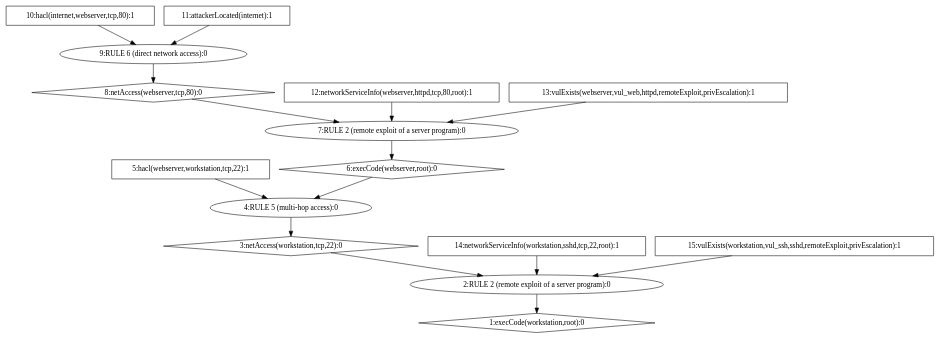
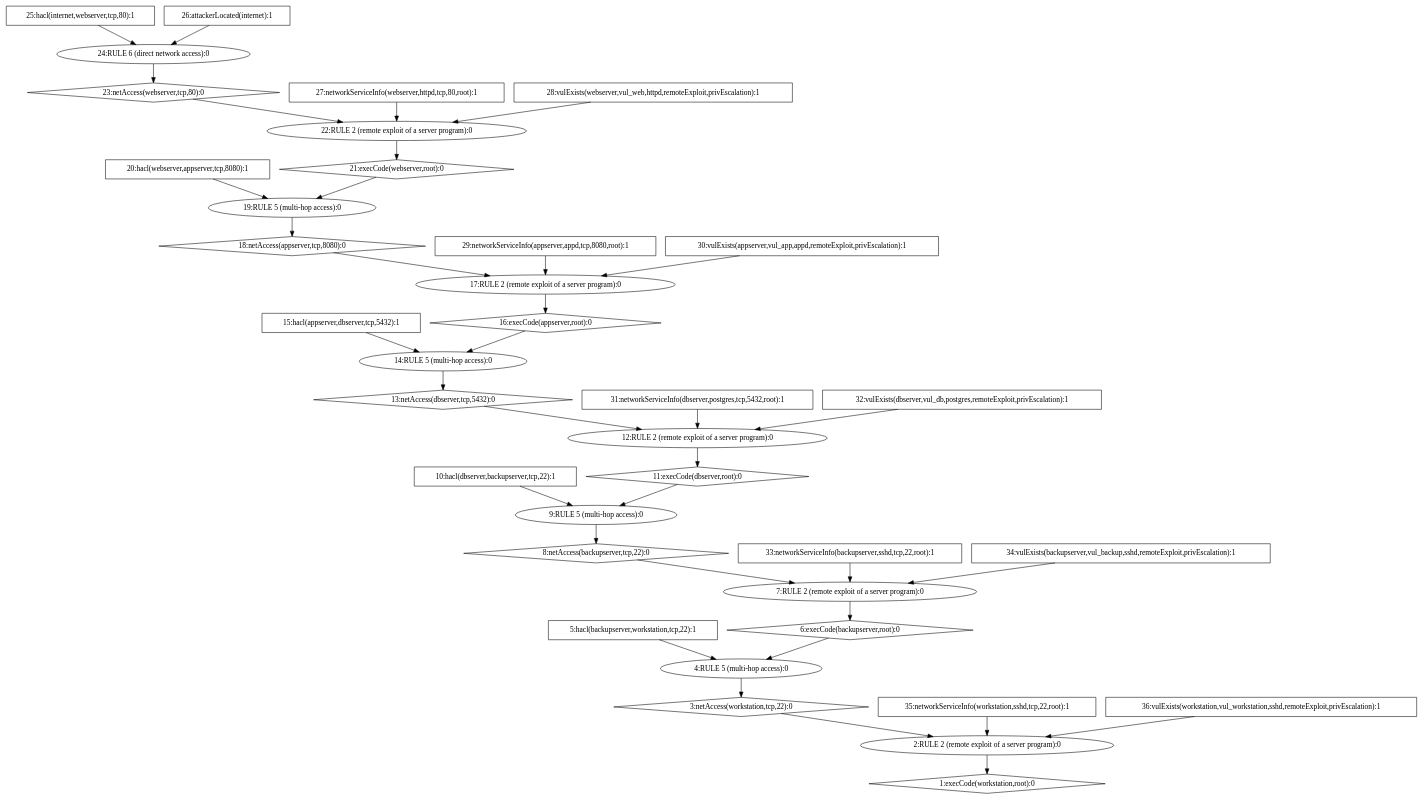
The diagram in experiment/mulval_output/AttackGraph.dot (ayangain/TAG-Forensics), drawn with Graphviz before and after one commit. The commit also changed 211 other files, not shown here.

```diff
--- a/experiment/mulval_output/AttackGraph.dot
+++ b/experiment/mulval_output/AttackGraph.dot
@@ -1,31 +1,73 @@
 digraph G {
 	1 [label="1:execCode(workstation,root):0",shape=diamond];
 	2 [label="2:RULE 2 (remote exploit of a server program):0",shape=ellipse];
 	3 [label="3:netAccess(workstation,tcp,22):0",shape=diamond];
 	4 [label="4:RULE 5 (multi-hop access):0",shape=ellipse];
-	5 [label="5:hacl(webserver,workstation,tcp,22):1",shape=box];
-	6 [label="6:execCode(webserver,root):0",shape=diamond];
+	5 [label="5:hacl(backupserver,workstation,tcp,22):1",shape=box];
+	6 [label="6:execCode(backupserver,root):0",shape=diamond];
 	7 [label="7:RULE 2 (remote exploit of a server program):0",shape=ellipse];
-	8 [label="8:netAccess(webserver,tcp,80):0",shape=diamond];
-	9 [label="9:RULE 6 (direct network access):0",shape=ellipse];
-	10 [label="10:hacl(internet,webserver,tcp,80):1",shape=box];
-	11 [label="11:attackerLocated(internet):1",shape=box];
-	12 [label="12:networkServiceInfo(webserver,httpd,tcp,80,root):1",shape=box];
-	13 [label="13:vulExists(webserver,vul_web,httpd,remoteExploit,privEscalation):1",shape=box];
-	14 [label="14:networkServiceInfo(workstation,sshd,tcp,22,root):1",shape=box];
-	15 [label="15:vulExists(workstation,vul_ssh,sshd,remoteExploit,privEscalation):1",shape=box];
+	8 [label="8:netAccess(backupserver,tcp,22):0",shape=diamond];
+	9 [label="9:RULE 5 (multi-hop access):0",shape=ellipse];
+	10 [label="10:hacl(dbserver,backupserver,tcp,22):1",shape=box];
+	11 [label="11:execCode(dbserver,root):0",shape=diamond];
+	12 [label="12:RULE 2 (remote exploit of a server program):0",shape=ellipse];
+	13 [label="13:netAccess(dbserver,tcp,5432):0",shape=diamond];
+	14 [label="14:RULE 5 (multi-hop access):0",shape=ellipse];
+	15 [label="15:hacl(appserver,dbserver,tcp,5432):1",shape=box];
+	16 [label="16:execCode(appserver,root):0",shape=diamond];
+	17 [label="17:RULE 2 (remote exploit of a server program):0",shape=ellipse];
+	18 [label="18:netAccess(appserver,tcp,8080):0",shape=diamond];
+	19 [label="19:RULE 5 (multi-hop access):0",shape=ellipse];
+	20 [label="20:hacl(webserver,appserver,tcp,8080):1",shape=box];
+	21 [label="21:execCode(webserver,root):0",shape=diamond];
+	22 [label="22:RULE 2 (remote exploit of a server program):0",shape=ellipse];
+	23 [label="23:netAccess(webserver,tcp,80):0",shape=diamond];
+	24 [label="24:RULE 6 (direct network access):0",shape=ellipse];
+	25 [label="25:hacl(internet,webserver,tcp,80):1",shape=box];
+	26 [label="26:attackerLocated(internet):1",shape=box];
+	27 [label="27:networkServiceInfo(webserver,httpd,tcp,80,root):1",shape=box];
+	28 [label="28:vulExists(webserver,vul_web,httpd,remoteExploit,privEscalation):1",shape=box];
+	29 [label="29:networkServiceInfo(appserver,appd,tcp,8080,root):1",shape=box];
+	30 [label="30:vulExists(appserver,vul_app,appd,remoteExploit,privEscalation):1",shape=box];
+	31 [label="31:networkServiceInfo(dbserver,postgres,tcp,5432,root):1",shape=box];
+	32 [label="32:vulExists(dbserver,vul_db,postgres,remoteExploit,privEscalation):1",shape=box];
+	33 [label="33:networkServiceInfo(backupserver,sshd,tcp,22,root):1",shape=box];
+	34 [label="34:vulExists(backupserver,vul_backup,sshd,remoteExploit,privEscalation):1",shape=box];
+	35 [label="35:networkServiceInfo(workstation,sshd,tcp,22,root):1",shape=box];
+	36 [label="36:vulExists(workstation,vul_workstation,sshd,remoteExploit,privEscalation):1",shape=box];
 	5 -> 	4;
 	10 -> 	9;
+	15 -> 	14;
+	20 -> 	19;
+	25 -> 	24;
+	26 -> 	24;
+	24 -> 	23;
+	23 -> 	22;
+	27 -> 	22;
+	28 -> 	22;
+	22 -> 	21;
+	21 -> 	19;
+	19 -> 	18;
+	18 -> 	17;
+	29 -> 	17;
+	30 -> 	17;
+	17 -> 	16;
+	16 -> 	14;
+	14 -> 	13;
+	13 -> 	12;
+	31 -> 	12;
+	32 -> 	12;
+	12 -> 	11;
 	11 -> 	9;
 	9 -> 	8;
 	8 -> 	7;
-	12 -> 	7;
-	13 -> 	7;
+	33 -> 	7;
+	34 -> 	7;
 	7 -> 	6;
 	6 -> 	4;
 	4 -> 	3;
 	3 -> 	2;
-	14 -> 	2;
-	15 -> 	2;
+	35 -> 	2;
+	36 -> 	2;
 	2 -> 	1;
 }
```
